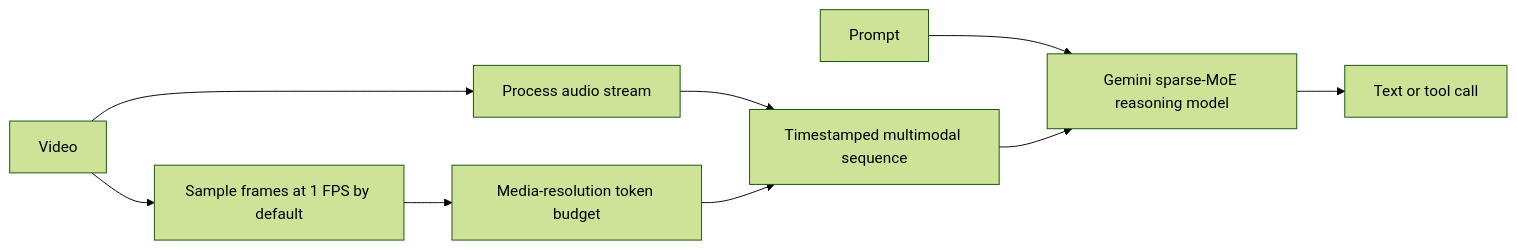
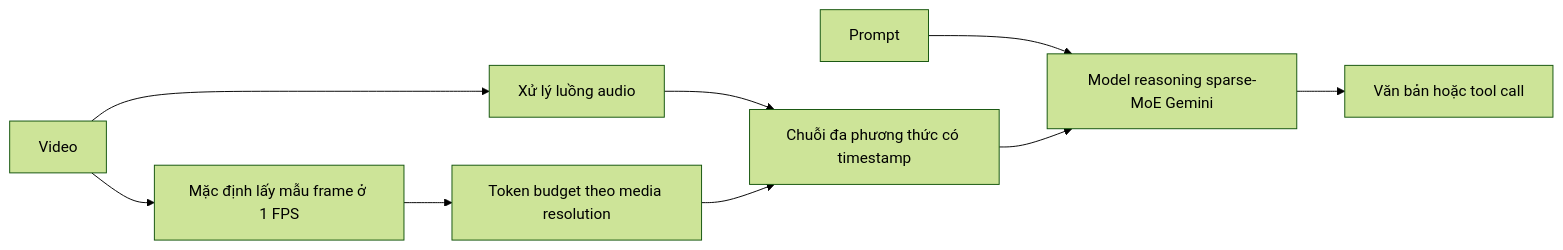
The fourth of 8 diagrams in docs/research_finding/01-gwen/broad_overview/LLM_VLM/recent_vlm_overview.md (cycler04/VinRobotics-VLA), drawn with Mermaid (forest theme) before and after one commit. The commit also changed other lines of this file and 79 other files, not shown here.

````diff
--- a/docs/research_finding/01-gwen/broad_overview/LLM_VLM/recent_vlm_overview.md
+++ b/docs/research_finding/01-gwen/broad_overview/LLM_VLM/recent_vlm_overview.md
@@ -333,11 +340,11 @@
 ```mermaid
 flowchart LR
-    V[Video] --> S[Sample frames at 1 FPS by default]
-    V --> A[Process audio stream]
-    S --> R[Media-resolution token budget]
-    A --> P[Timestamped multimodal sequence]
+    V[Video] --> S[Mặc định lấy mẫu frame ở 1 FPS]
+    V --> A[Xử lý luồng audio]
+    S --> R[Token budget theo media resolution]
+    A --> P[Chuỗi đa phương thức có timestamp]
     R --> P
-    T[Prompt] --> G[Gemini sparse-MoE reasoning model]
+    T[Prompt] --> G[Model reasoning sparse-MoE Gemini]
     P --> G
-    G --> O[Text or tool call]
+    G --> O[Văn bản hoặc tool call]
 ```
````
